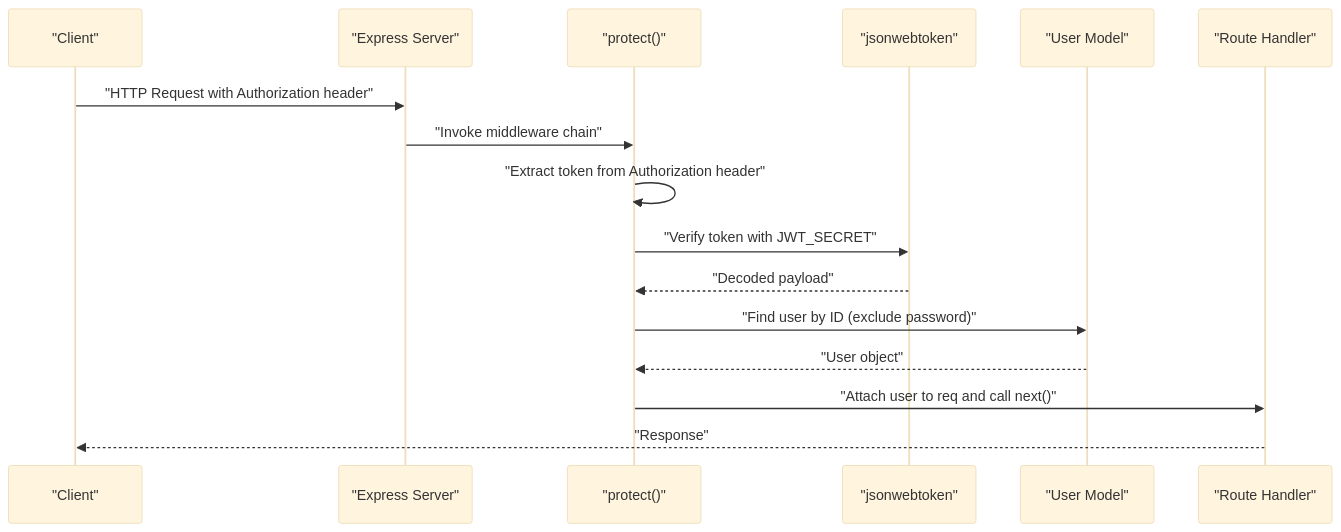
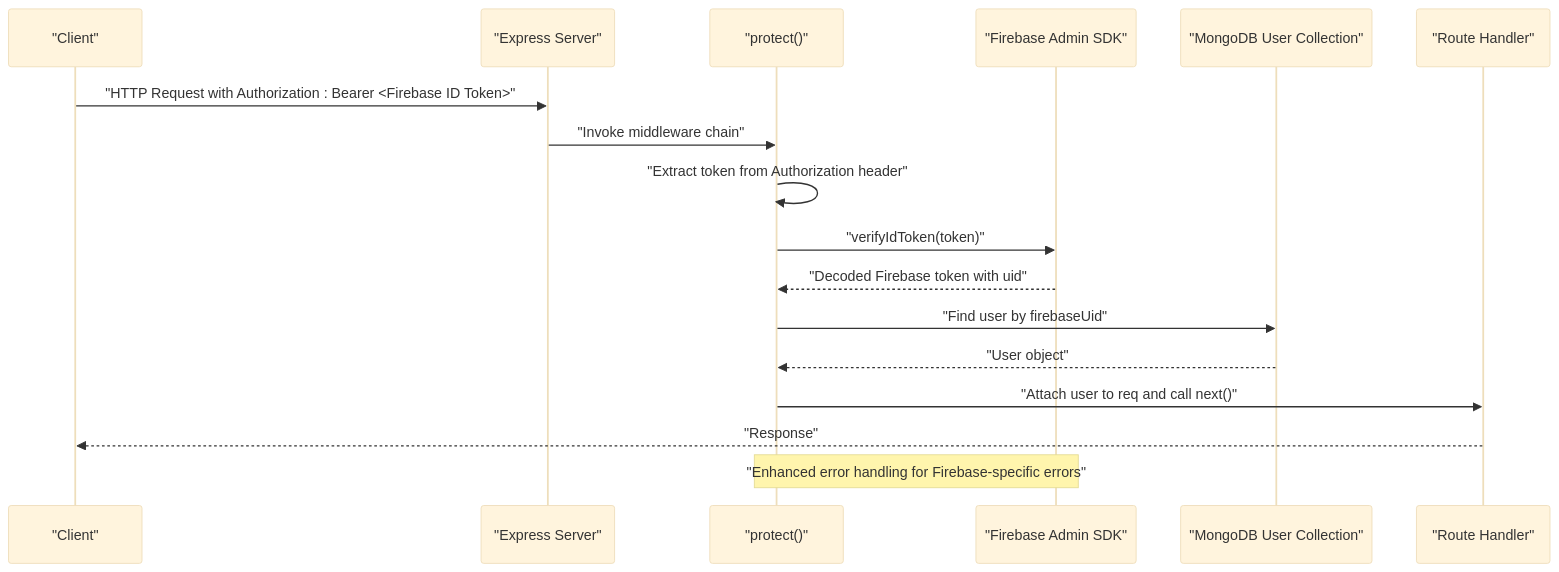
One commit to Pavan-PSPK9032/TrendsandToss changed the second of 6 diagrams in .qoder/repowiki/en/content/Authentication & Authorization/Authentication Middleware.md. Above: the diagram before and after it, drawn with Mermaid (base theme). The commit also changed other lines of this file and 9 other files, not shown here.

````diff
--- a/.qoder/repowiki/en/content/Authentication & Authorization/Authentication Middleware.md
+++ b/.qoder/repowiki/en/content/Authentication & Authorization/Authentication Middleware.md
@@ -109,18 +129,19 @@
 ```mermaid
 sequenceDiagram
 participant Client as "Client"
 participant Server as "Express Server"
 participant AuthMW as "protect()"
-participant JWT as "jsonwebtoken"
-participant DB as "User Model"
+participant Firebase as "Firebase Admin SDK"
+participant DB as "MongoDB User Collection"
 participant Handler as "Route Handler"
-Client->>Server : "HTTP Request with Authorization header"
+Client->>Server : "HTTP Request with Authorization : Bearer <Firebase ID Token>"
 Server->>AuthMW : "Invoke middleware chain"
 AuthMW->>AuthMW : "Extract token from Authorization header"
-AuthMW->>JWT : "Verify token with JWT_SECRET"
-JWT-->>AuthMW : "Decoded payload"
-AuthMW->>DB : "Find user by ID (exclude password)"
+AuthMW->>Firebase : "verifyIdToken(token)"
+Firebase-->>AuthMW : "Decoded Firebase token with uid"
+AuthMW->>DB : "Find user by firebaseUid"
 DB-->>AuthMW : "User object"
 AuthMW->>Handler : "Attach user to req and call next()"
 Handler-->>Client : "Response"
+Note over AuthMW,Firebase : "Enhanced error handling for Firebase-specific errors"
 ```
````
